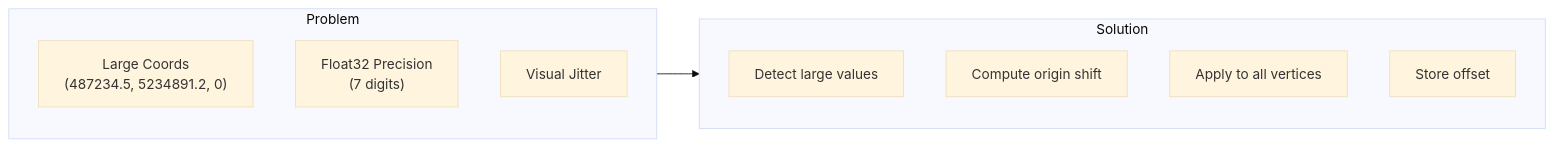
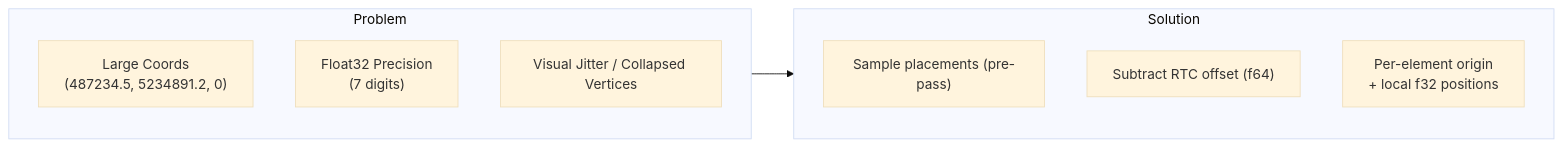
The tenth of 12 diagrams in docs/architecture/geometry-pipeline.md (LTplus-AG/ifc-lite), drawn with Mermaid (base theme) before and after one commit. The commit also changed other lines of this file and 78 other files, not shown here.

````diff
--- a/docs/architecture/geometry-pipeline.md
+++ b/docs/architecture/geometry-pipeline.md
@@ -382,17 +400,16 @@
 ```mermaid
 flowchart LR
     subgraph Problem["Problem"]
         Large["Large Coords<br/>(487234.5, 5234891.2, 0)"]
         Float32["Float32 Precision<br/>(7 digits)"]
-        Jitter["Visual Jitter"]
+        Jitter["Visual Jitter / Collapsed Vertices"]
     end
 
     subgraph Solution["Solution"]
-        Detect["Detect large values"]
-        Shift["Compute origin shift"]
-        Apply["Apply to all vertices"]
-        Store["Store offset"]
+        Detect["Sample placements (pre-pass)"]
+        Shift["Subtract RTC offset (f64)"]
+        Frame["Per-element origin<br/>+ local f32 positions"]
     end
 
     Problem --> Solution
 ```
````
